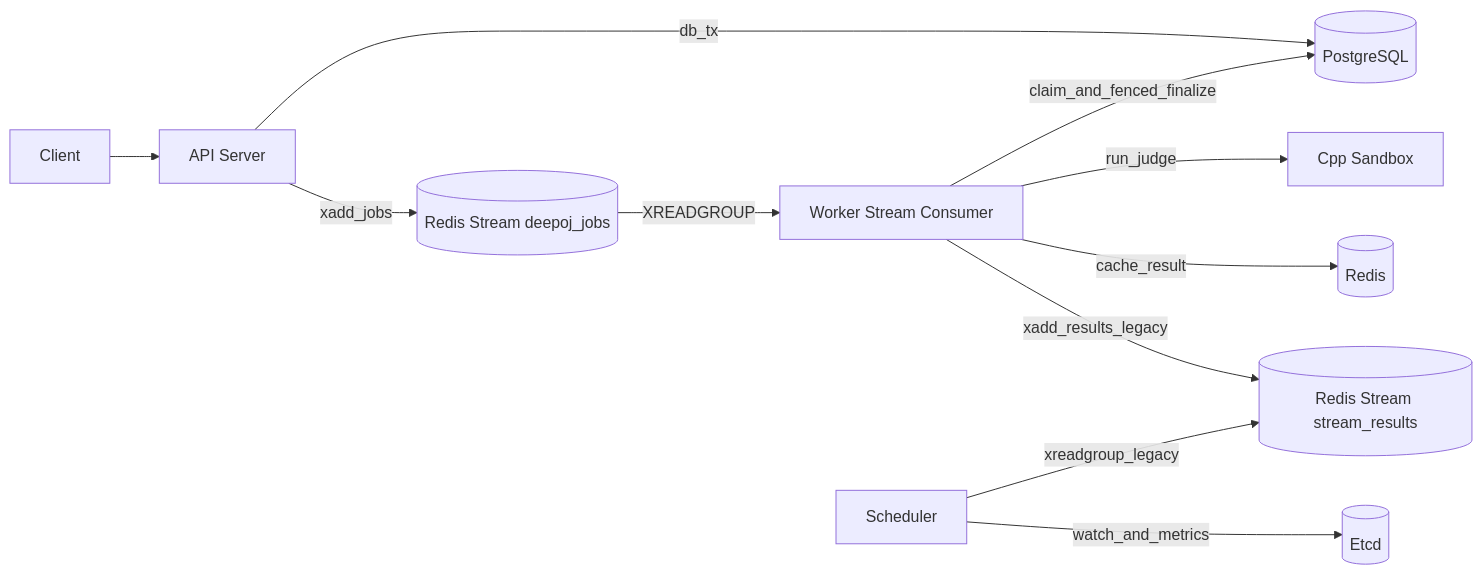
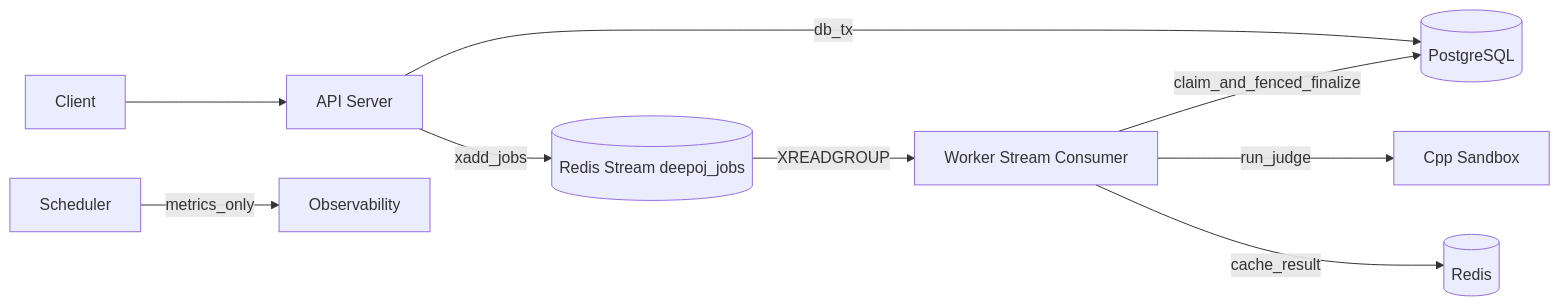
The diagram in README.md (d1guo/Deep_OJ), drawn with Mermaid before and after one commit. The commit also changed other lines of this file and 35 other files, not shown here.

Commit message:
refactor(core): 物理删除 legacy 数据面，全面收敛至 Streams-only 架构

````diff
--- a/README.md
+++ b/README.md
@@ -32,15 +29,12 @@
 ```mermaid
 flowchart LR
     Client[Client] --> API[API Server]
     API -->|db_tx| PG[(PostgreSQL)]
     API -->|xadd_jobs| JOBS[(Redis Stream deepoj_jobs)]
 
     JOBS -->|XREADGROUP| Worker[Worker Stream Consumer]
     Worker -->|claim_and_fenced_finalize| PG
     Worker -->|run_judge| Judge[Cpp Sandbox]
     Worker -->|cache_result| Redis[(Redis)]
-
-    Worker -->|xadd_results_legacy| Results[(Redis Stream stream_results)]
-    Scheduler[Scheduler] -->|xreadgroup_legacy| Results
-    Scheduler -->|watch_and_metrics| Etcd[(Etcd)]
+    Scheduler[Scheduler] -->|metrics_only| Monitor[Observability]
 ```
````
